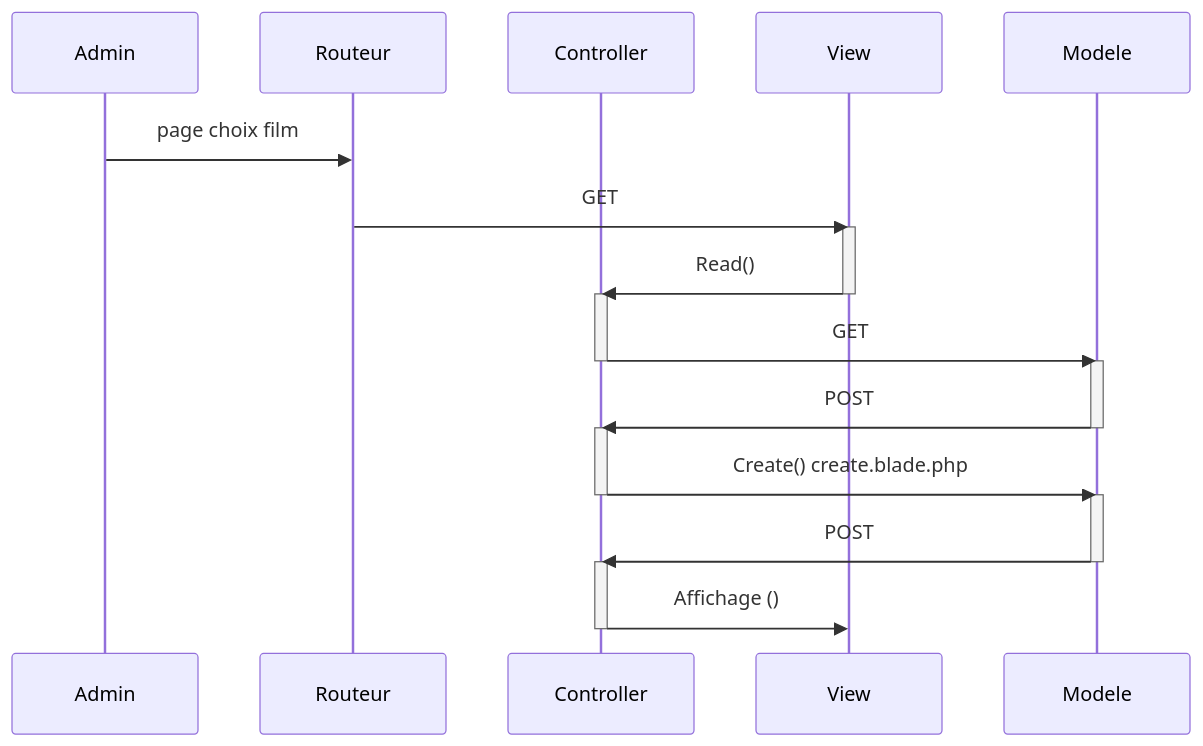
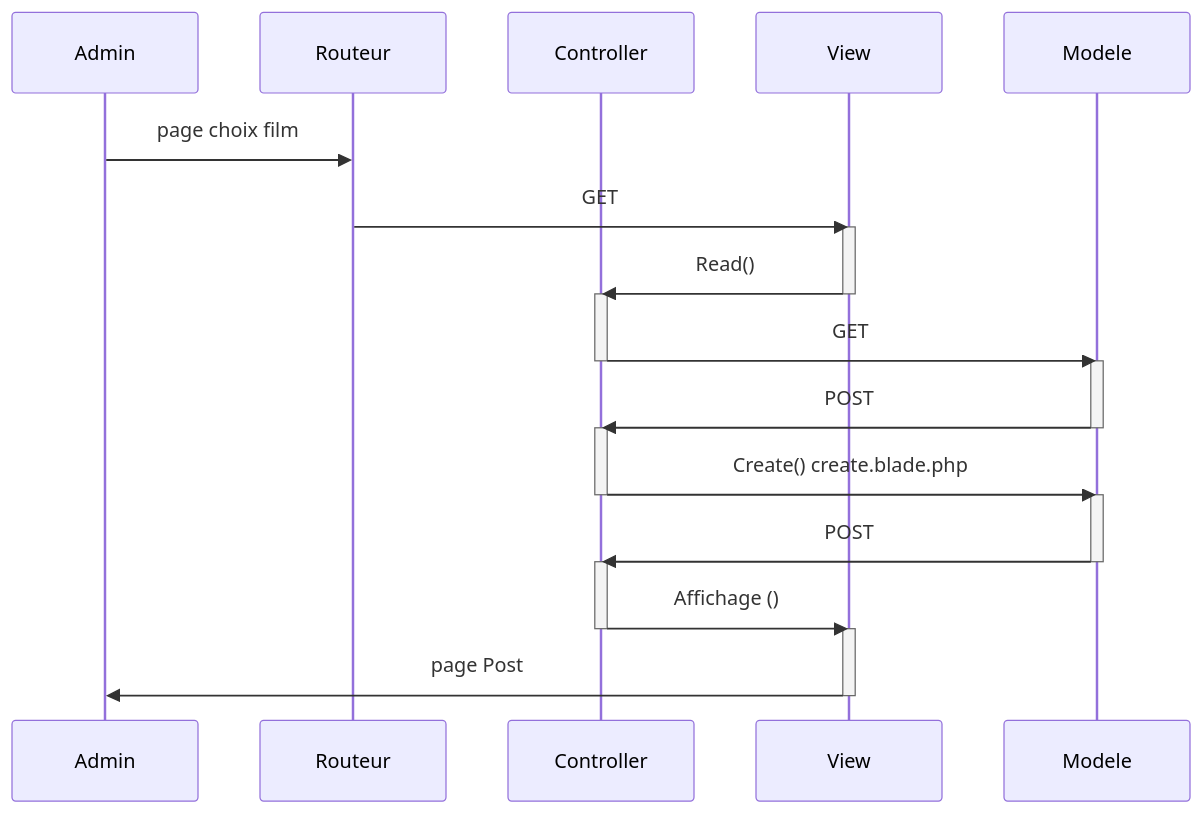
One commit to ggreg-T/sprint-07 changed the second of 5 diagrams in README.md. Above: the diagram before and after it, drawn with Mermaid. The commit also changed other lines of this file, not shown here.

Commit message:
Mise à jour REAME pour le UML

````diff
--- a/README.md
+++ b/README.md
@@ -43,29 +45,32 @@
 ```mermaid
 sequenceDiagram
     participant Admin
     participant Routeur
     participant Controller
     participant View
     participant Modele
 
     Admin->>Routeur : page choix film
     Routeur->>View: GET
 activate View
 View ->>Controller: Read()
 deactivate View
     activate Controller
     Controller->>Modele: GET
      deactivate Controller
     activate Modele
     Modele ->> Controller : POST
      deactivate Modele
      activate Controller
        Controller->> Modele : Create() create.blade.php
     deactivate Controller
     activate Modele
     Modele ->> Controller: POST
     deactivate Modele
     activate Controller
     Controller ->> View : Affichage ()
     deactivate Controller
+    activate View
+    View ->> Admin : page Post
+    deactivate View
 ```
````
